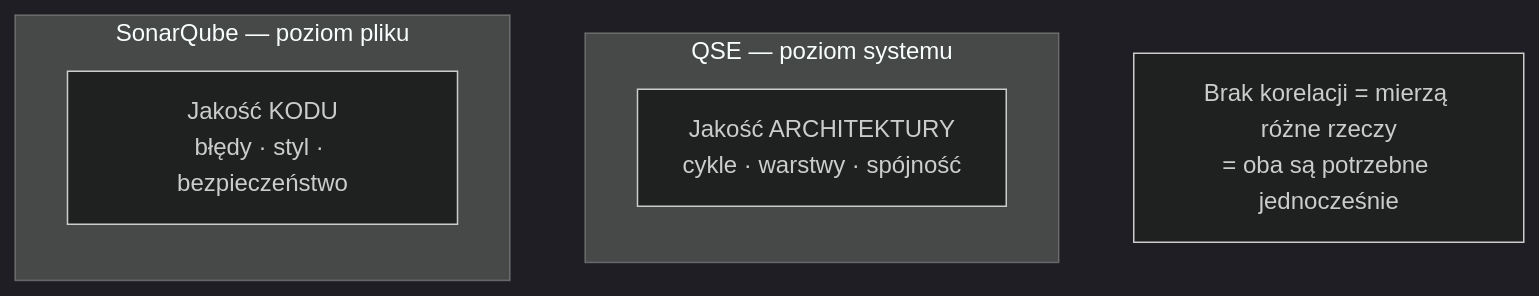
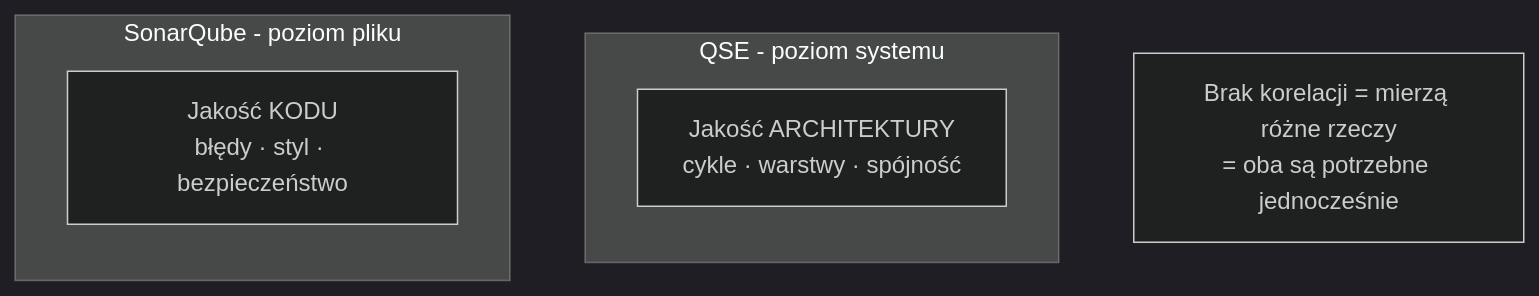
One commit to PiotrGry/qse-pkg changed the first of 14 diagrams in artifacts/qse_podrecznik.md. Above: the diagram before and after it, drawn with Mermaid (dark theme). The commit also changed other lines of this file and 46 other files, not shown here.

````diff
--- a/artifacts/qse_podrecznik.md
+++ b/artifacts/qse_podrecznik.md
@@ -127,12 +127,12 @@
 ```mermaid
 graph LR
-    subgraph SQ["SonarQube — poziom pliku"]
+    subgraph SQ["SonarQube - poziom pliku"]
         sq["Jakość KODU\nbłędy · styl · bezpieczeństwo"]
     end
-    subgraph QSEg["QSE — poziom systemu"]
+    subgraph QSEg["QSE - poziom systemu"]
         qse["Jakość ARCHITEKTURY\ncykle · warstwy · spójność"]
     end
     SQ ~~~ QSEg
     note["Brak korelacji = mierzą różne rzeczy\n= oba są potrzebne jednocześnie"]
     QSEg ~~~ note
 ```
````
